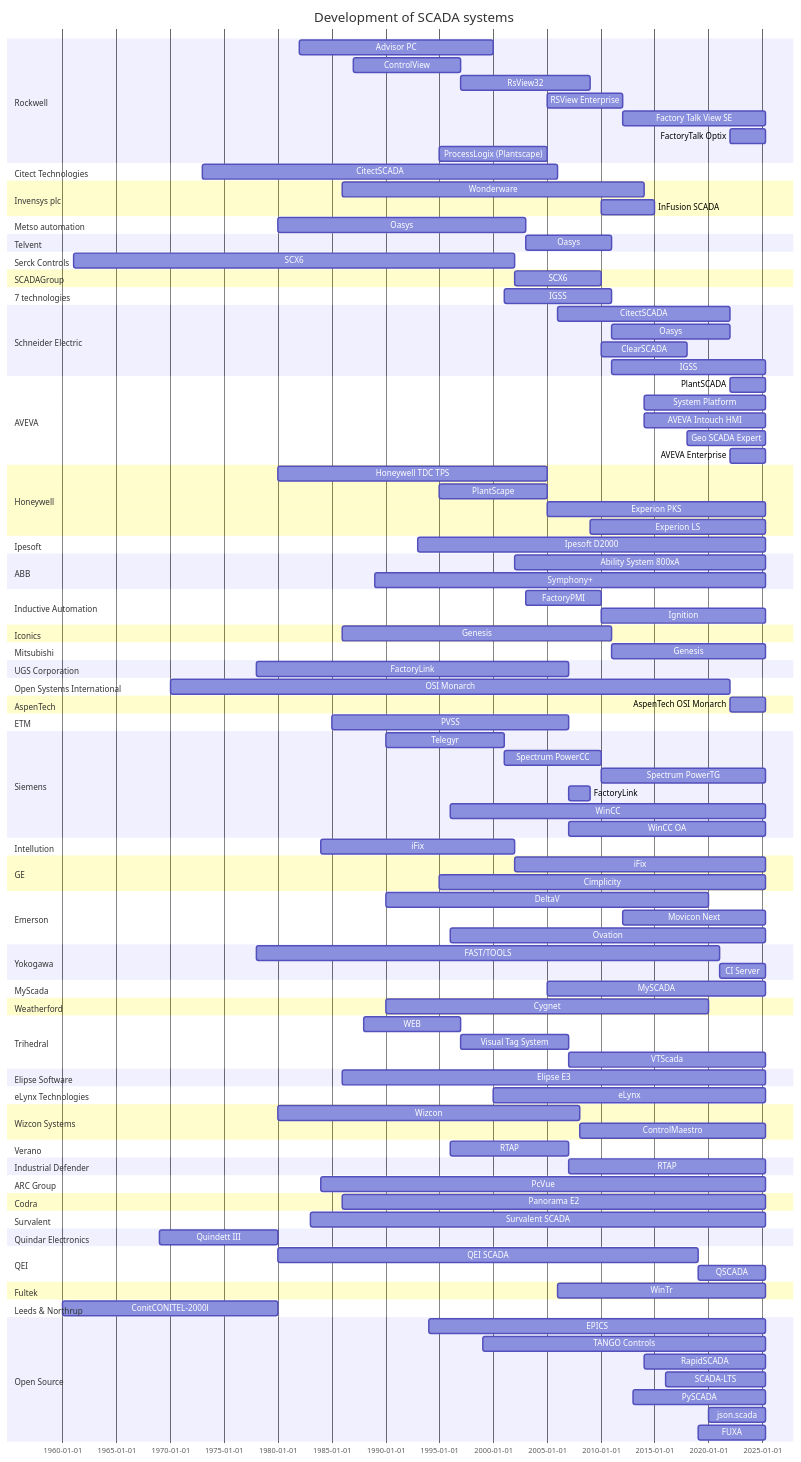
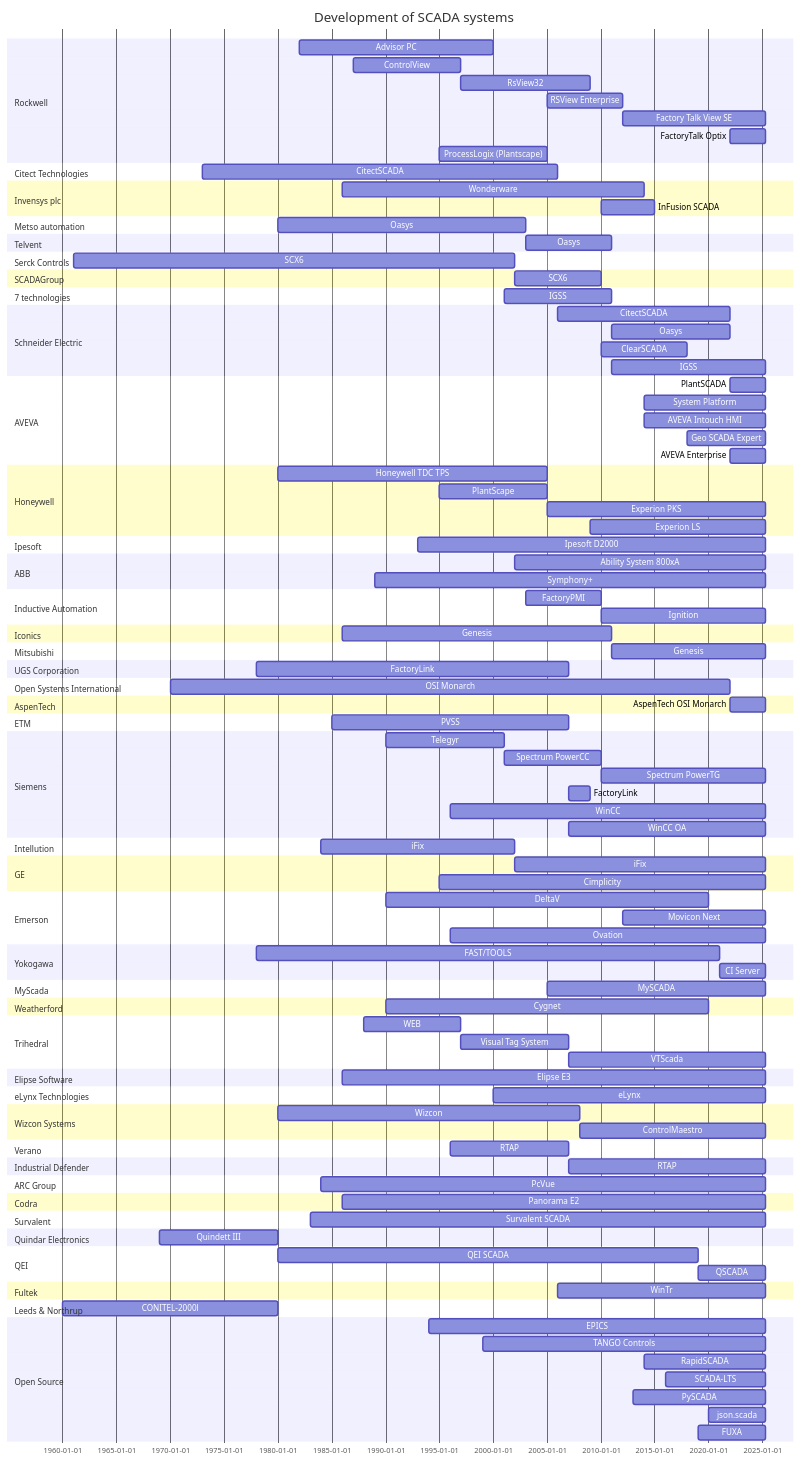
The diagram in README.md (hutcheb/scada-timeline), drawn with Mermaid before and after one commit.

```diff
--- a/README.md
+++ b/README.md
@@ -169,7 +169,7 @@
     section  Leeds & Northrup
         %%(Need to confirm)
         %%(http://www.ece.iit.edu/~flueck/chicago_pes/2004/anb0309.html)
-        ConitCONITEL-2000l : conitel, 1960, 1980
+        CONITEL-2000l : conitel, 1960, 1980
     section Open Source
         %%(https://en.wikipedia.org/wiki/EPICS)
         EPICS : epics, 1994, until 2025
```
